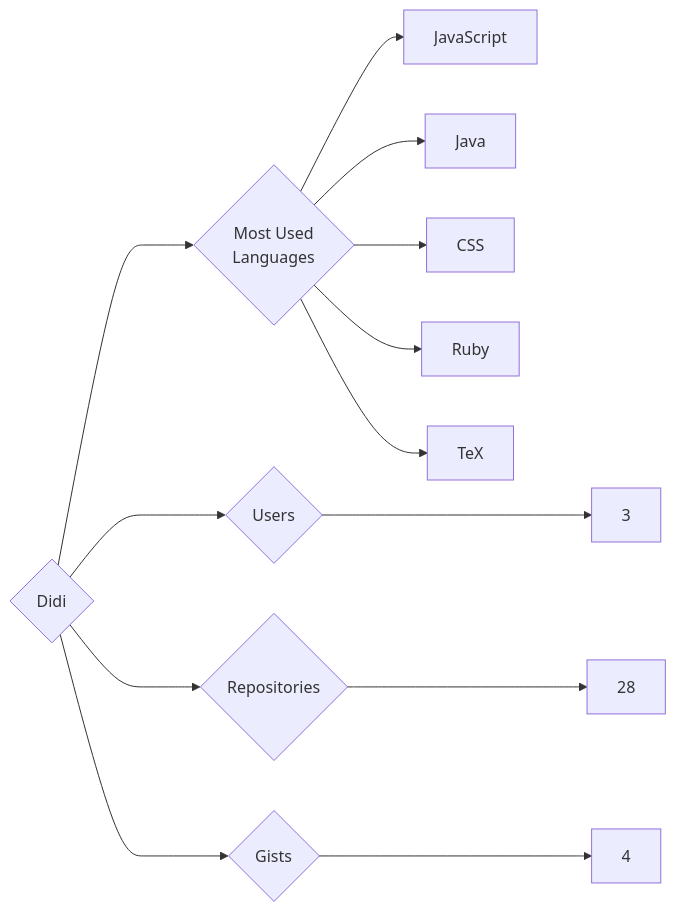
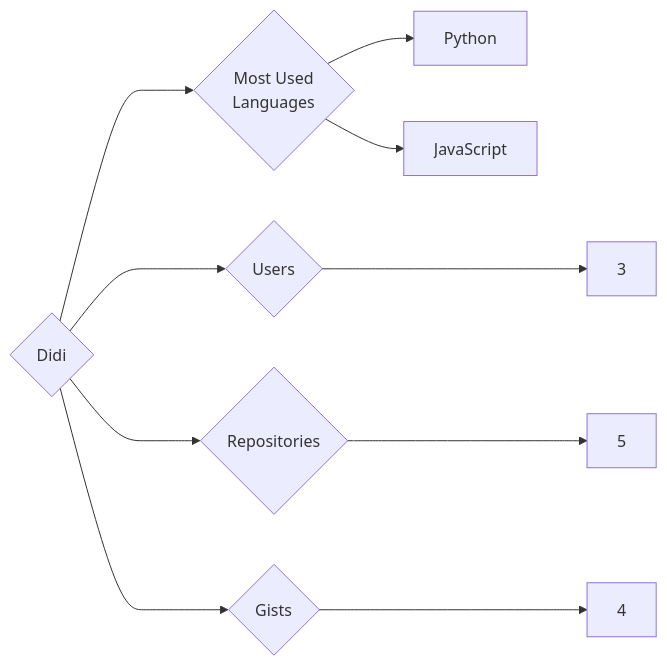
Before and after one commit to trickest/insiders: the diagram in targets/Didi/README.md, drawn with Mermaid. The commit also changed 865 other files, not shown here.

````diff
--- a/targets/Didi/README.md
+++ b/targets/Didi/README.md
@@ -3,13 +3,10 @@
 ```mermaid
 graph LR
 COMPANY_NAME{Didi}
 COMPANY_NAME ---> U{Users} ---> UN[3]
-COMPANY_NAME ---> R{Repositories} ---> RN[28]
+COMPANY_NAME ---> R{Repositories} ---> RN[5]
 COMPANY_NAME ---> G{Gists} ---> GN[4]
 COMPANY_NAME ---> ML{Most Used<br>Languages}
+ML --> Python[Python]
 ML --> JavaScript[JavaScript]
-ML --> Java[Java]
-ML --> CSS[CSS]
-ML --> Ruby[Ruby]
-ML --> TeX[TeX]
 ```
````
